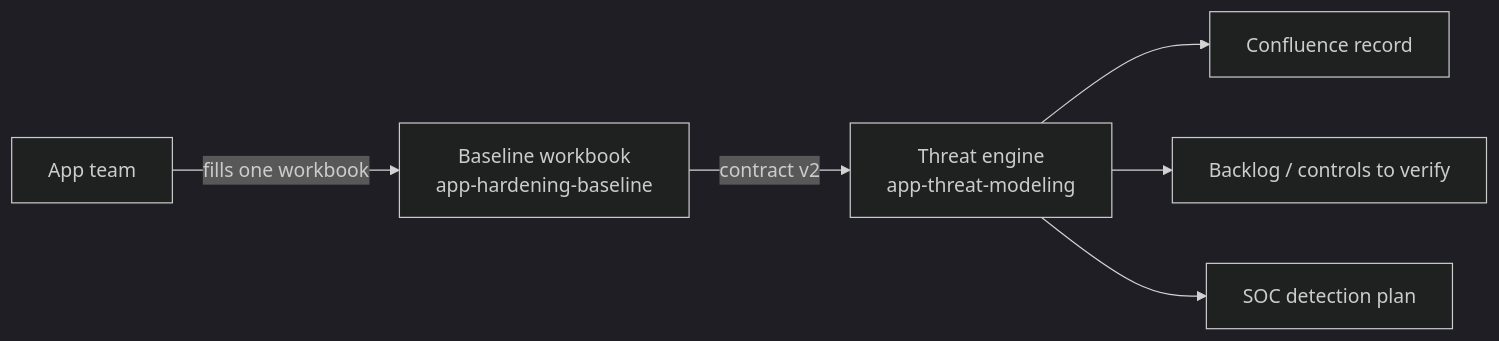
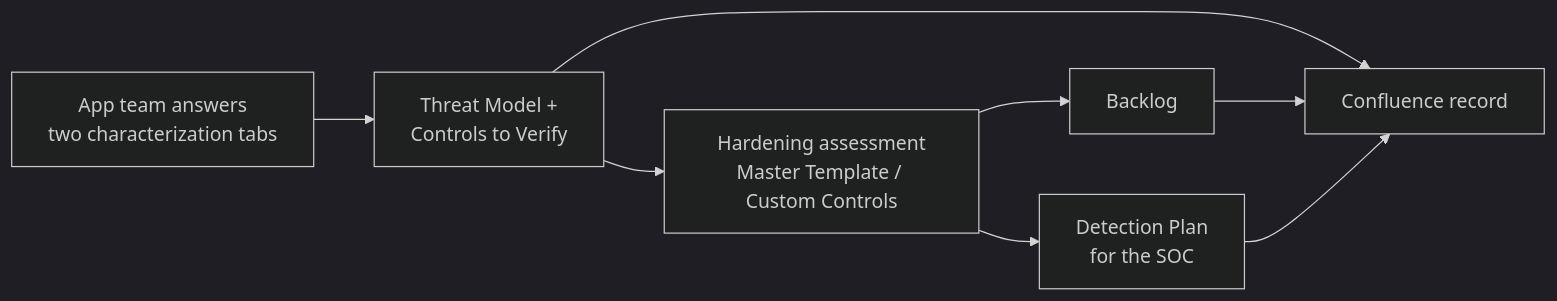
One commit to Zzanoni/app-hardening-baseline changed the diagram in README.md. Above: the diagram before and after it, drawn with Mermaid (dark theme). The commit also changed other lines of this file and 6 other files, not shown here.

First line of the commit message:
Document v3: Excel-only threat modeling inside the workbook

````diff
--- a/README.md
+++ b/README.md
@@ -38,10 +36,10 @@
 ```mermaid
 flowchart LR
-  T[App team] -->|fills one workbook| W[Baseline workbook<br/>app-hardening-baseline]
-  W -->|contract v2| E[Threat engine<br/>app-threat-modeling]
-  E --> C[Confluence record]
-  E --> B[Backlog / controls to verify]
-  E --> S[SOC detection plan]
-  click W "https://github.com/Zzanoni/app-hardening-baseline" _blank
-  click E "https://github.com/Zzanoni/app-threat-modeling" _blank
+  T[App team answers<br/>two characterization tabs] --> M[Threat Model +<br/>Controls to Verify]
+  M --> H[Hardening assessment<br/>Master Template / Custom Controls]
+  H --> B[Backlog]
+  H --> D[Detection Plan<br/>for the SOC]
+  M --> C[Confluence record]
+  B --> C
+  D --> C
 ```
````
